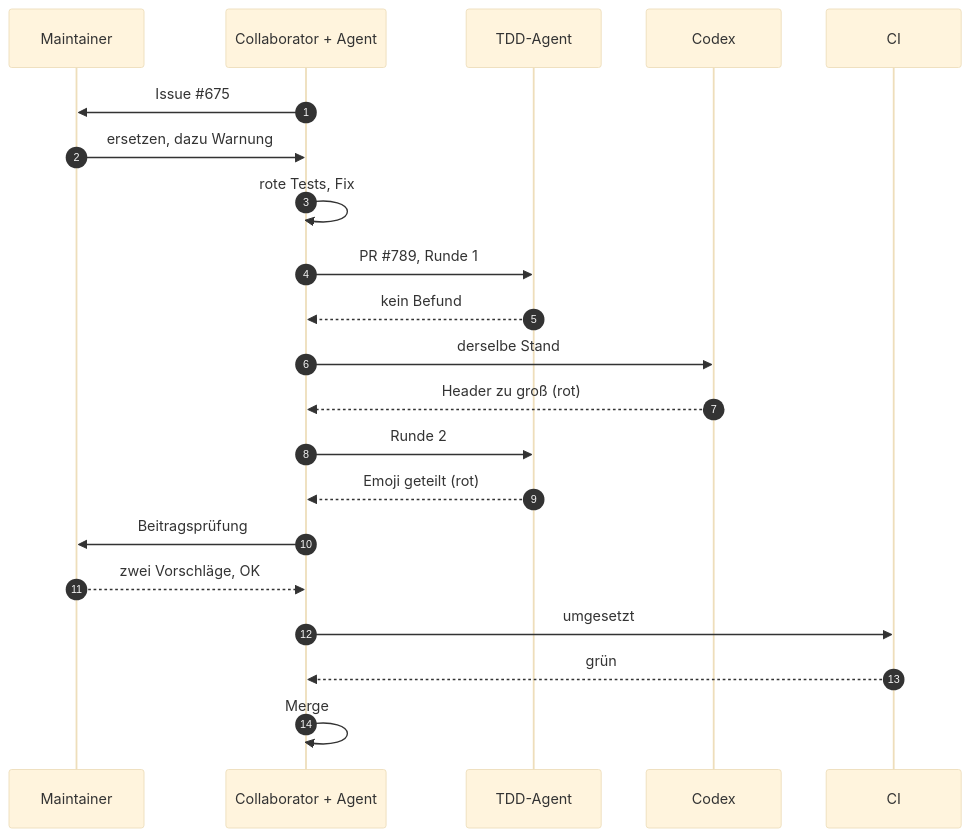
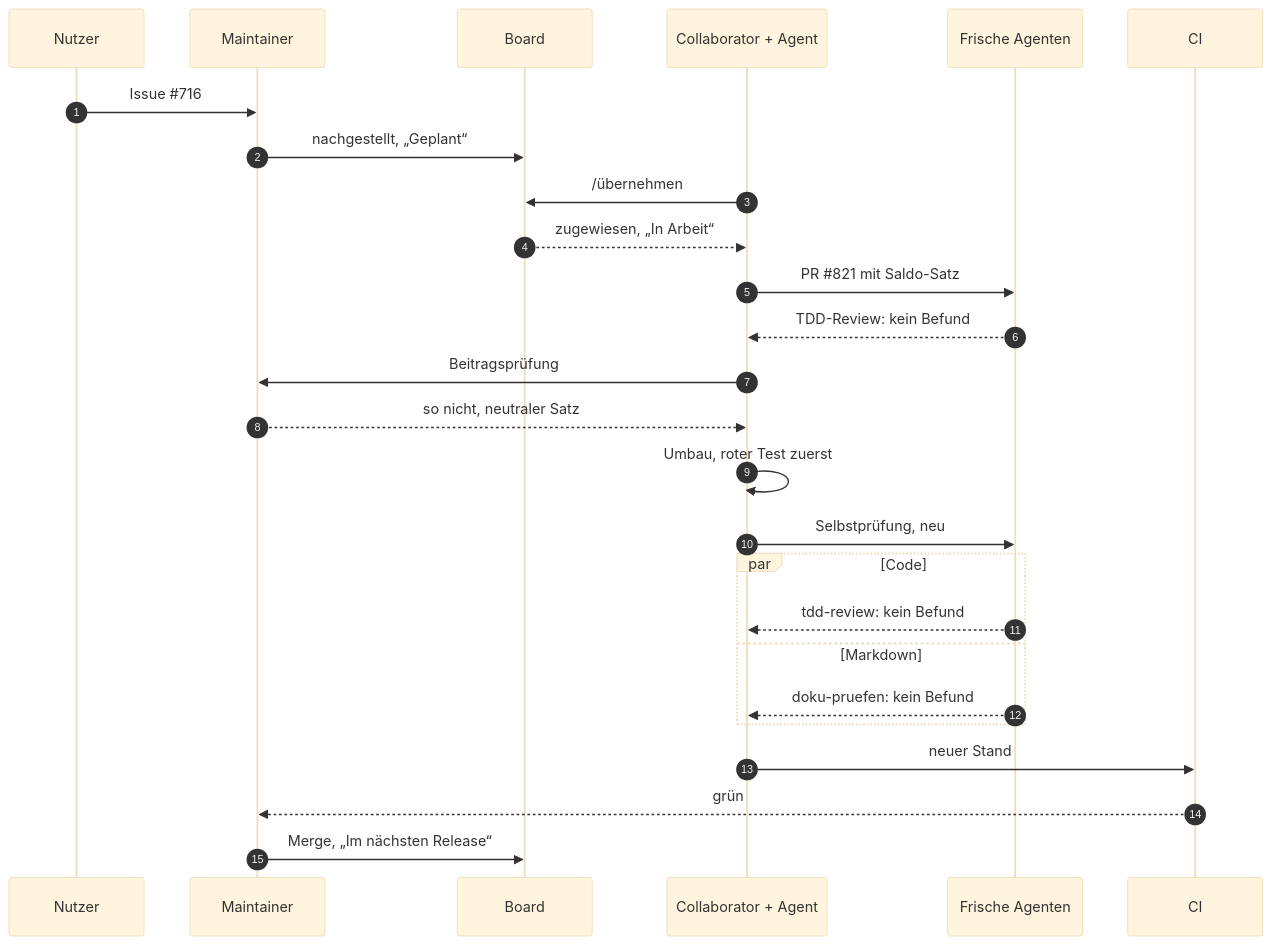
One commit to firsttris/haben changed the third of 3 diagrams in docs/agentic-engineering.md. Above: the diagram before and after it, drawn with Mermaid (base theme). The commit also changed other lines of this file, not shown here.

````diff
--- a/docs/agentic-engineering.md
+++ b/docs/agentic-engineering.md
@@ -72,23 +118,28 @@
 ```mermaid
 sequenceDiagram
   autonumber
+  participant N as Nutzer
   participant M as Maintainer
+  participant B as Board
   participant C as Collaborator + Agent
-  participant T as TDD-Agent
-  participant X as Codex
+  participant P as Frische Agenten
   participant CI as CI
-  C->>M: Issue #35;675
-  M->>C: ersetzen, dazu Warnung
-  C->>C: rote Tests, Fix
-  C->>T: PR #35;789, Runde 1
-  T-->>C: kein Befund
-  C->>X: derselbe Stand
-  X-->>C: Header zu groß (rot)
-  C->>T: Runde 2
-  T-->>C: Emoji geteilt (rot)
+  N->>M: Issue #35;716
+  M->>B: nachgestellt, „Geplant“
+  C->>B: /übernehmen
+  B-->>C: zugewiesen, „In Arbeit“
+  C->>P: PR #35;821 mit Saldo-Satz
+  P-->>C: TDD-Review: kein Befund
   C->>M: Beitragsprüfung
-  M-->>C: zwei Vorschläge, OK
-  C->>CI: umgesetzt
-  CI-->>C: grün
-  C->>C: Merge
+  M-->>C: so nicht, neutraler Satz
+  C->>C: Umbau, roter Test zuerst
+  C->>P: Selbstprüfung, neu
+  par Code
+    P-->>C: tdd-review: kein Befund
+  and Markdown
+    P-->>C: doku-pruefen: kein Befund
+  end
+  C->>CI: neuer Stand
+  CI-->>M: grün
+  M->>B: Merge, „Im nächsten Release“
 ```
````
